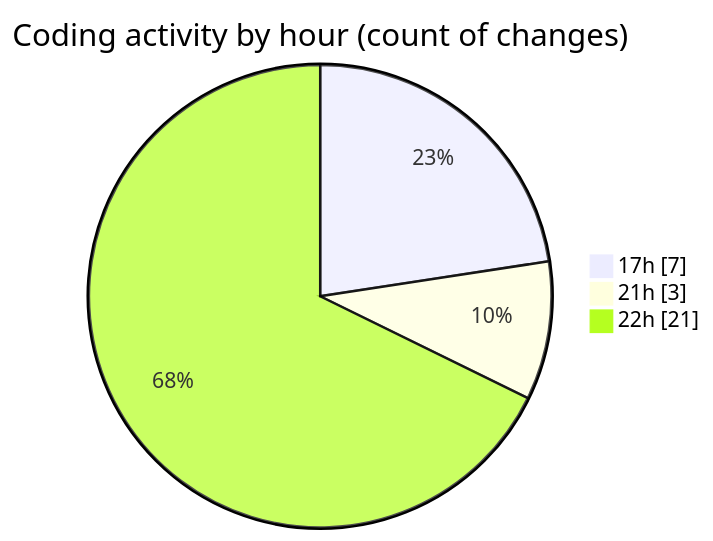
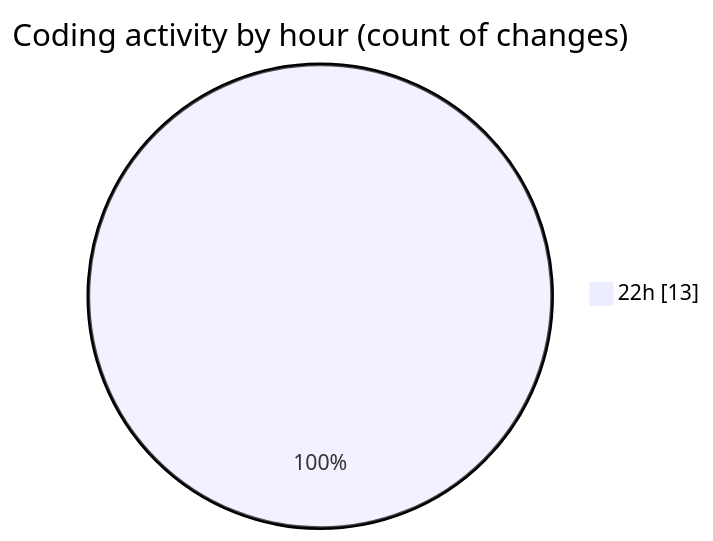
The second of 2 diagrams in 2025-09-12/datanv/README.md (lephambinh05/code-tracking), drawn with Mermaid before and after one commit. The commit also changed other lines of this file and 1 other file, not shown here.

````diff
--- a/2025-09-12/datanv/README.md
+++ b/2025-09-12/datanv/README.md
@@ -34,7 +28,5 @@
 ```mermaid
 pie showData
 title Coding activity by hour (count of changes)
-"17h" : 7
-"21h" : 3
-"22h" : 21
+"22h" : 13
 ```
````
